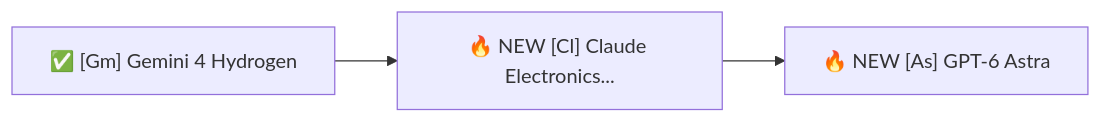
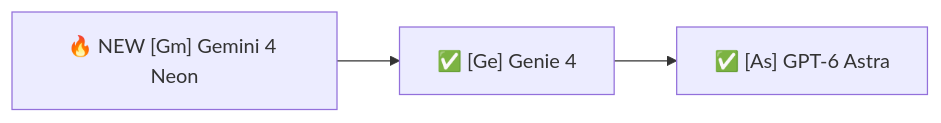
The first of 3 diagrams in LATEST.md (NutCodeLaw/cyber-paparazzi), drawn with Mermaid before and after one commit. The commit also changed other lines of this file and 10 other files, not shown here.

````diff
--- a/LATEST.md
+++ b/LATEST.md
@@ -14,7 +14,7 @@
 ```mermaid
 flowchart LR
-    E0["✅ [Gm] Gemini 4 Hydrogen"]
-    E1["🔥 NEW [Cl] Claude Electronics..."]
-    E2["🔥 NEW [As] GPT-6 Astra"]
+    E0["🔥 NEW [Gm] Gemini 4 Neon"]
+    E1["✅ [Ge] Genie 4"]
+    E2["✅ [As] GPT-6 Astra"]
     E0 --> E1 --> E2
 ```
````
